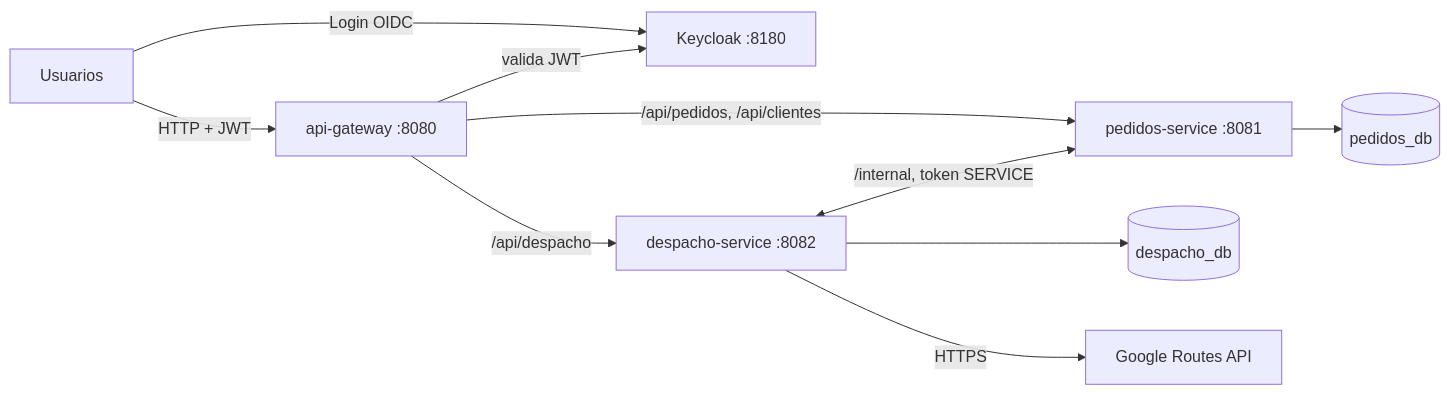
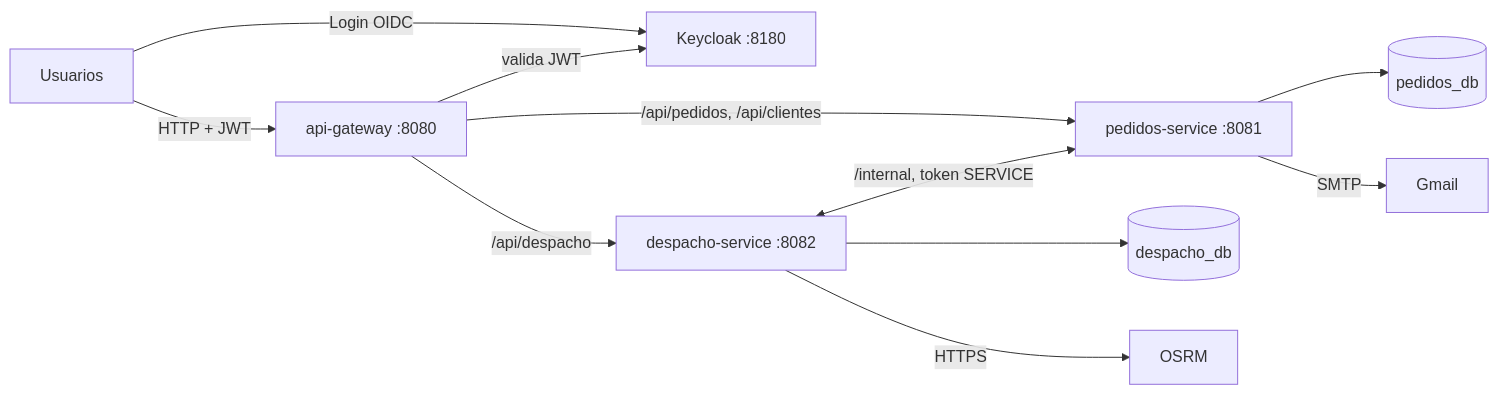
Before and after one commit to SchallerFran/TP-Backend-Logistica-de-entregas-de-ultima-milla: the second of 4 diagrams in README.md, drawn with Mermaid. The commit also changed other lines of this file and 4 other files, not shown here.

Commit message:
docs: coleccion ejecutable con pm.test, reset de datos, diagramas y trazabilidad

````diff
--- a/README.md
+++ b/README.md
@@ -44,12 +61,13 @@
 ```mermaid
 flowchart LR
     U[Usuarios] -->|HTTP + JWT| GW[api-gateway :8080]
     U -->|Login OIDC| KC[Keycloak :8180]
     GW -->|valida JWT| KC
     GW -->|/api/pedidos, /api/clientes| PS[pedidos-service :8081]
     GW -->|/api/despacho| DS[despacho-service :8082]
     DS <-->|/internal, token SERVICE| PS
     PS --> DB1[(pedidos_db)]
     DS --> DB2[(despacho_db)]
-    DS -->|HTTPS| GM[Google Routes API]
+    DS -->|HTTPS| OS[OSRM]
+    PS -->|SMTP| GM[Gmail]
 ```
````
